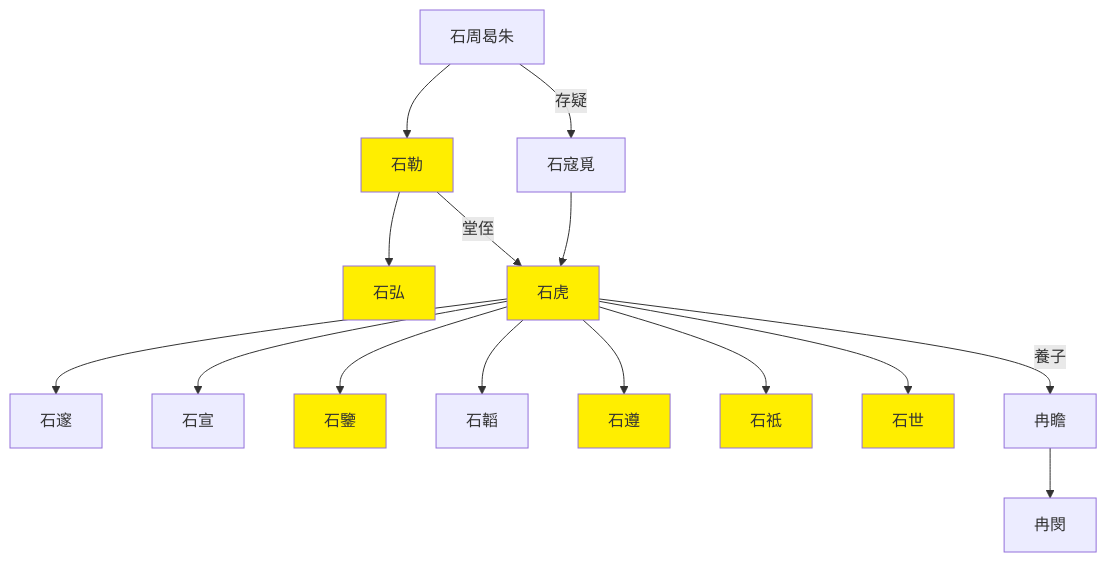
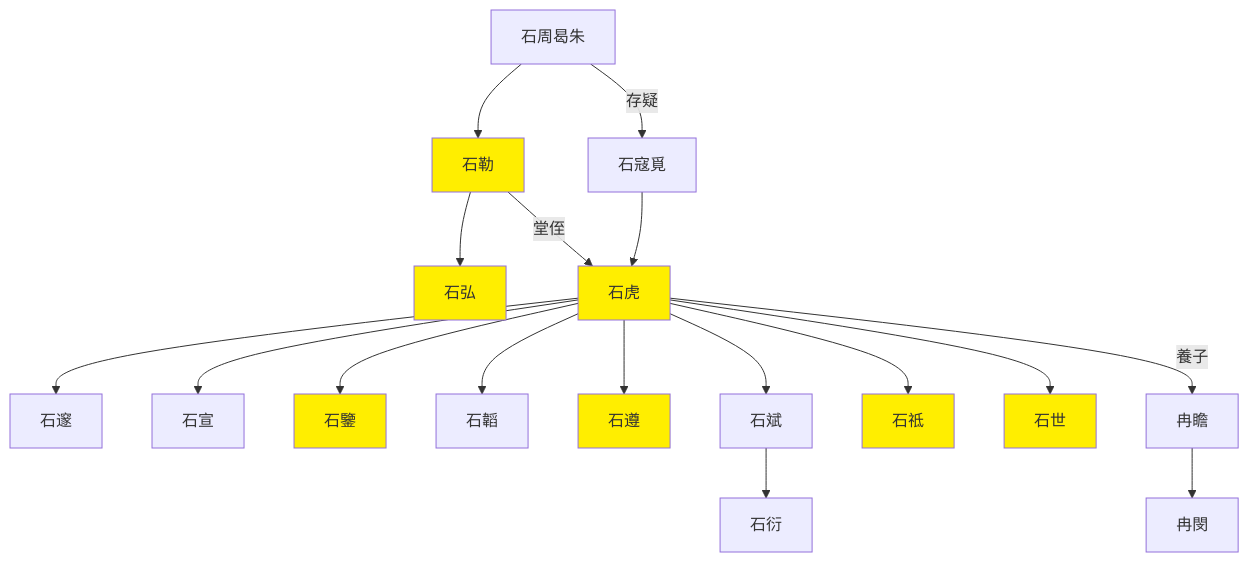
The diagram in 2_世系圖表/2.2_并立政權/晉/十六國/後趙世系圖表.md (gamefang/zizhitongjian), drawn with Mermaid before and after one commit. The commit also changed other lines of this file and 6 other files, not shown here.

````diff
--- a/2_世系圖表/2.2_并立政權/晉/十六國/後趙世系圖表.md
+++ b/2_世系圖表/2.2_并立政權/晉/十六國/後趙世系圖表.md
@@ -14,25 +17,28 @@
 ```mermaid
 graph TB
 
 石周曷朱-->石勒
 
 石勒-->石弘
 石勒--堂侄-->石虎
 
 石周曷朱--存疑-->石寇覓
 石寇覓-->石虎
 
 石虎-->石邃
 石虎-->石宣
 石虎-->石鑒
 石虎-->石韜
 石虎-->石遵
+石虎-->石斌
 石虎-->石祗
 石虎-->石世
 
 石虎--養子-->冉瞻
 冉瞻-->冉閔
 
+石斌-->石衍
+
 classDef king fill:#ffee00
 class 石勒,石弘,石虎,石鑒,石遵,石祗,石世 king
 ```
````
